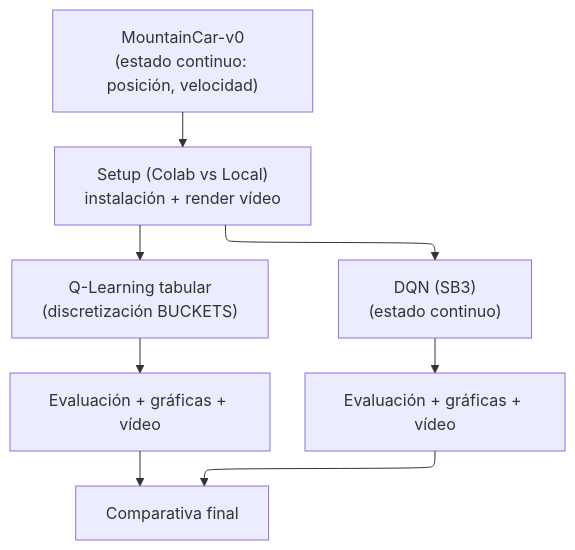
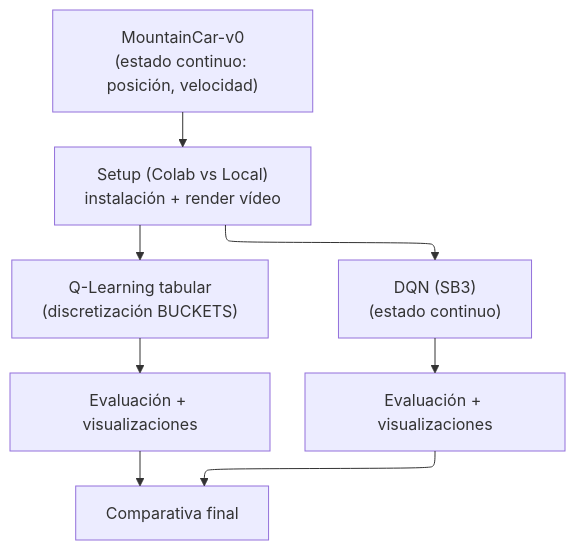
Before and after one commit to errastiKat/Practicas-LabIA-25-26: the diagram in P06-Reinforcement_learning/README.md, drawn with Mermaid. The commit also changed other lines of this file, not shown here.

`````diff
--- a/P06-Reinforcement_learning/README.md
+++ b/P06-Reinforcement_learning/README.md
@@ -43,14 +42,14 @@
 ```mermaid
 ---
 config:
   layout: elk
 ---
 flowchart TD
   A["MountainCar-v0<br/>(estado continuo: posición, velocidad)"] --> B["Setup (Colab vs Local)<br/>instalación + render vídeo"]
   B --> C["Q-Learning tabular<br/>(discretización BUCKETS)"]
   B --> D["DQN (SB3)<br/>(estado continuo)"]
-  C --> E["Evaluación + gráficas + vídeo"]
-  D --> F["Evaluación + gráficas + vídeo"]
+  C --> E["Evaluación + visualizaciones"]
+  D --> F["Evaluación + visualizaciones"]
   E --> G["Comparativa final"]
   F --> G
 ````
`````
